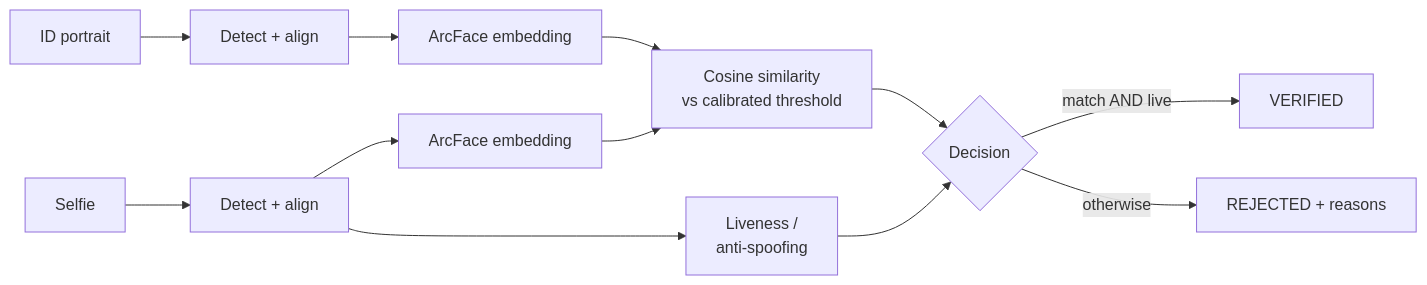
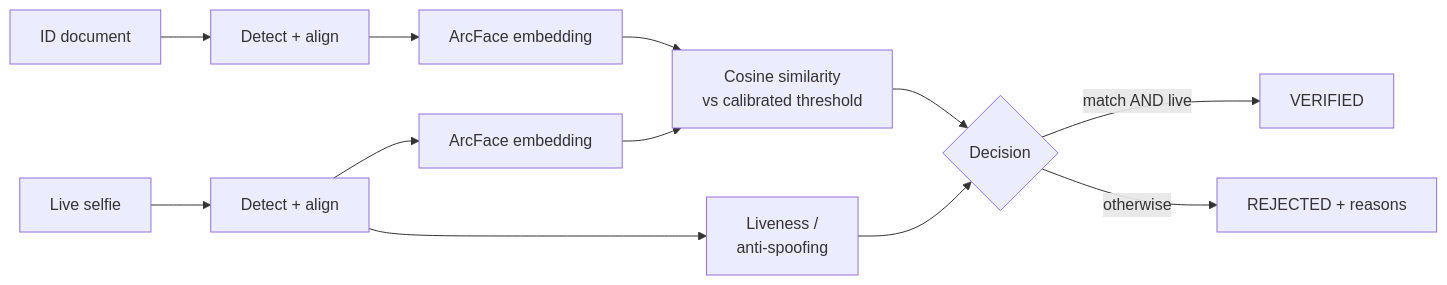
The diagram in README.md (soneeee22000/faceproof), drawn with Mermaid before and after one commit. The commit also changed other lines of this file, not shown here.

````diff
--- a/README.md
+++ b/README.md
@@ -28,14 +40,14 @@
 ```mermaid
 flowchart LR
-    A[ID portrait] --> D1[Detect + align]
-    B[Selfie] --> D2[Detect + align]
+    A[ID document] --> D1[Detect + align]
+    B[Live selfie] --> D2[Detect + align]
     D1 --> E1[ArcFace embedding]
     D2 --> E2[ArcFace embedding]
     E1 --> M[Cosine similarity<br/>vs calibrated threshold]
     E2 --> M
     D2 --> L[Liveness /<br/>anti-spoofing]
     M --> DEC{Decision}
     L --> DEC
     DEC -->|match AND live| V[VERIFIED]
     DEC -->|otherwise| R[REJECTED + reasons]
 ```
````
